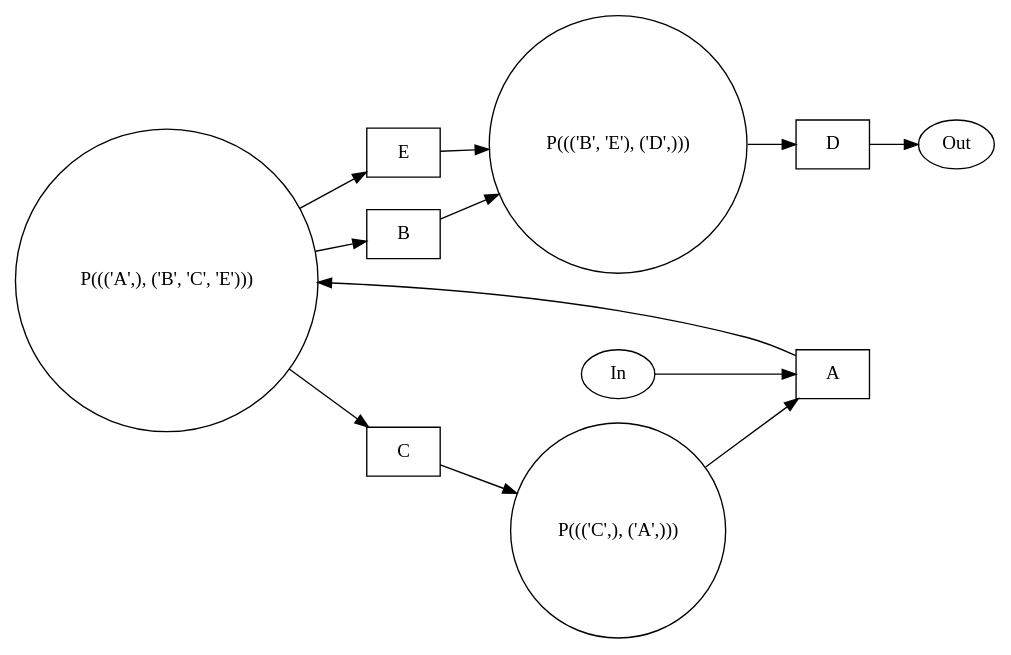
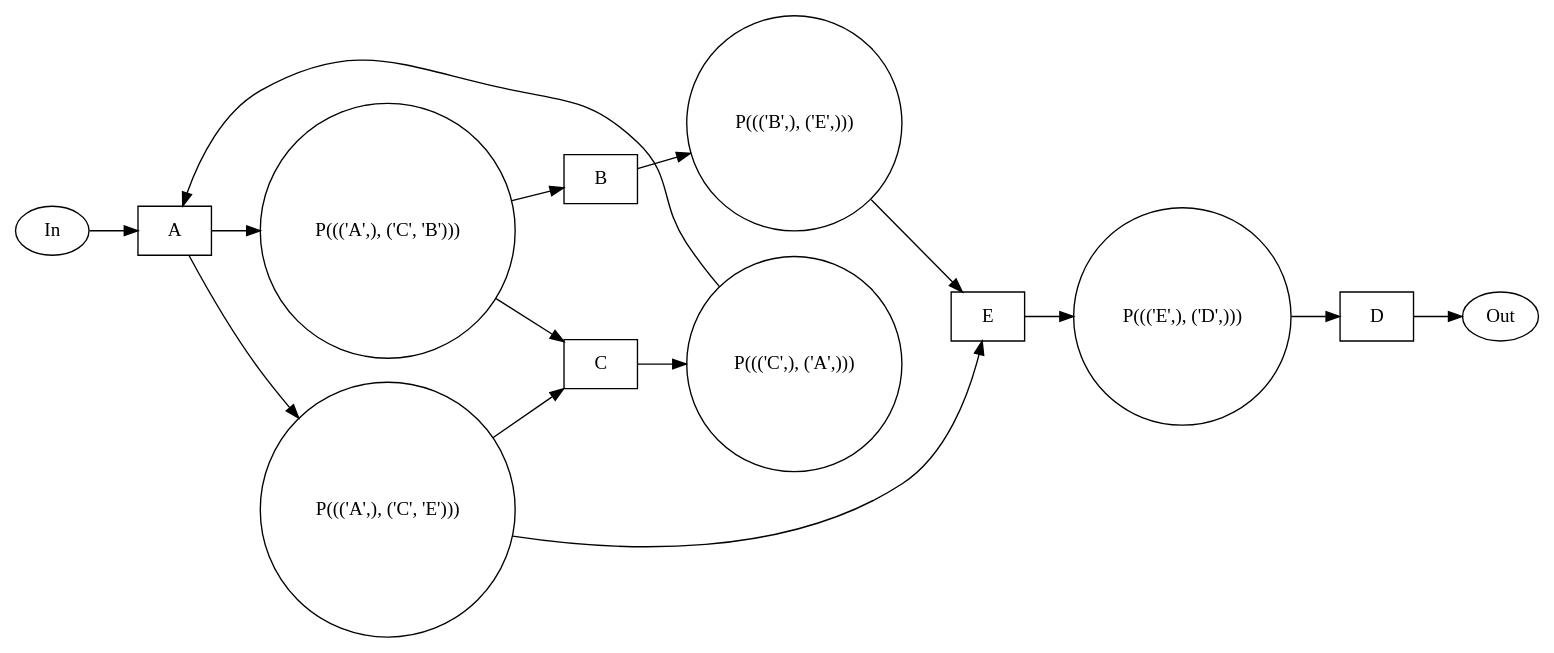
One commit to JakJach/Alpha-Miner changed the diagram in alpha_miner/result.dot. Above: the diagram before and after it, drawn with Graphviz. The commit also changed 4 other files, not shown here.

```diff
--- a/alpha_miner/result.dot
+++ b/alpha_miner/result.dot
@@ -1,28 +1,34 @@
 digraph pn {
 rankdir=LR;
+"A" -> "P((('A',), ('C', 'E')))";
+"A" [shape=box];
+"P((('A',), ('C', 'E')))" [shape=circle];
+"P((('A',), ('C', 'E')))" -> "C";
+"C" [shape=box];
+"P((('A',), ('C', 'E')))" -> "E";
 "E" [shape=box];
 "C" -> "P((('C',), ('A',)))";
 "C" [shape=box];
 "P((('C',), ('A',)))" [shape=circle];
 "P((('C',), ('A',)))" -> "A";
 "A" [shape=box];
-"A" -> "P((('A',), ('B', 'C', 'E')))";
+"B" -> "P((('B',), ('E',)))";
+"B" [shape=box];
+"P((('B',), ('E',)))" [shape=circle];
+"P((('B',), ('E',)))" -> "E";
+"E" [shape=box];
+"A" -> "P((('A',), ('C', 'B')))";
 "A" [shape=box];
-"P((('A',), ('B', 'C', 'E')))" [shape=circle];
-"P((('A',), ('B', 'C', 'E')))" -> "B";
+"P((('A',), ('C', 'B')))" [shape=circle];
+"P((('A',), ('C', 'B')))" -> "C";
+"C" [shape=box];
+"P((('A',), ('C', 'B')))" -> "B";
 "B" [shape=box];
-"P((('A',), ('B', 'C', 'E')))" -> "C";
-"C" [shape=box];
-"P((('A',), ('B', 'C', 'E')))" -> "E";
+"E" -> "P((('E',), ('D',)))";
 "E" [shape=box];
-"B" -> "P((('B', 'E'), ('D',)))";
-"B" [shape=box];
-"P((('B', 'E'), ('D',)))" [shape=circle];
-"E" -> "P((('B', 'E'), ('D',)))";
-"E" [shape=box];
-"P((('B', 'E'), ('D',)))" [shape=circle];
-"P((('B', 'E'), ('D',)))" -> "D";
+"P((('E',), ('D',)))" [shape=circle];
+"P((('E',), ('D',)))" -> "D";
 "D" [shape=box];
 In -> A
 D -> Out
 }
```
